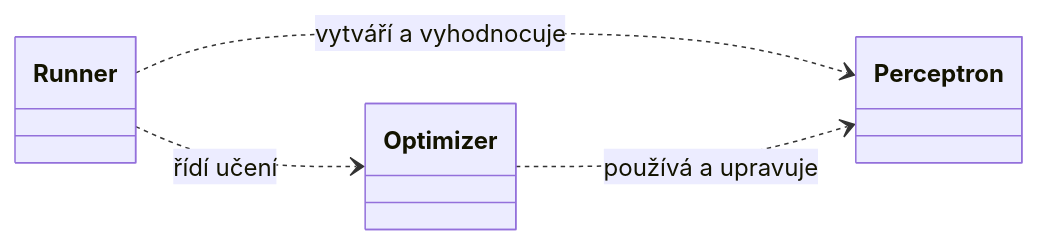
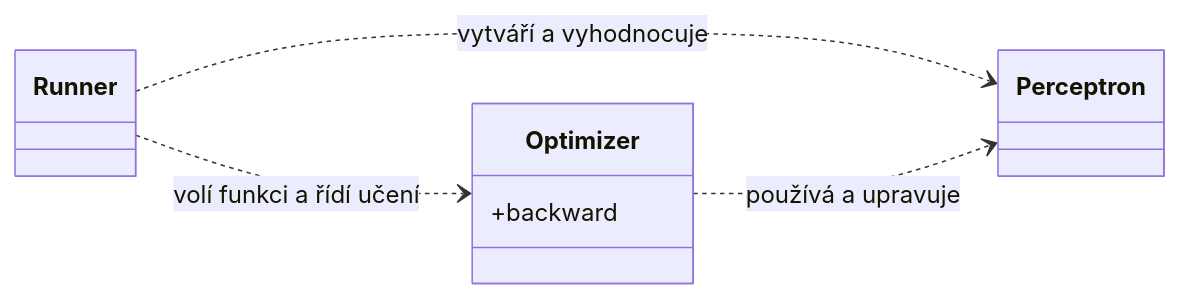
Before and after one commit to sooneoo/machine-learning: the diagram in 002-perceptron/spec/specifikace-perceptron.md, drawn with Mermaid. The commit also changed other lines of this file, not shown here.

Commit message:
RGC-02: specify selectable batch backward callback

````diff
--- a/002-perceptron/spec/specifikace-perceptron.md
+++ b/002-perceptron/spec/specifikace-perceptron.md
@@ -94,10 +94,12 @@
 ```mermaid
 classDiagram
     direction LR
     class Runner
-    class Optimizer
+    class Optimizer {
+        +backward
+    }
     class Perceptron
     Runner ..> Perceptron : vytváří a vyhodnocuje
-    Runner ..> Optimizer : řídí učení
+    Runner ..> Optimizer : volí funkci a řídí učení
     Optimizer ..> Perceptron : používá a upravuje
 ```
````
